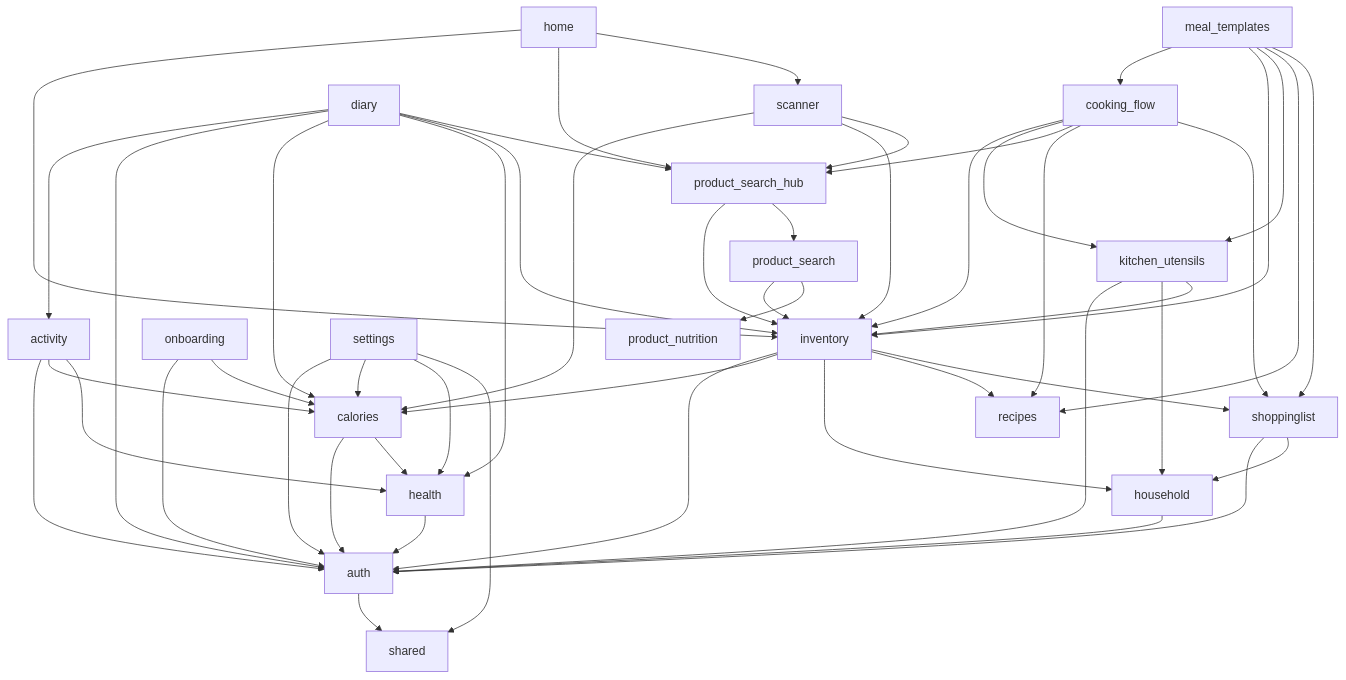
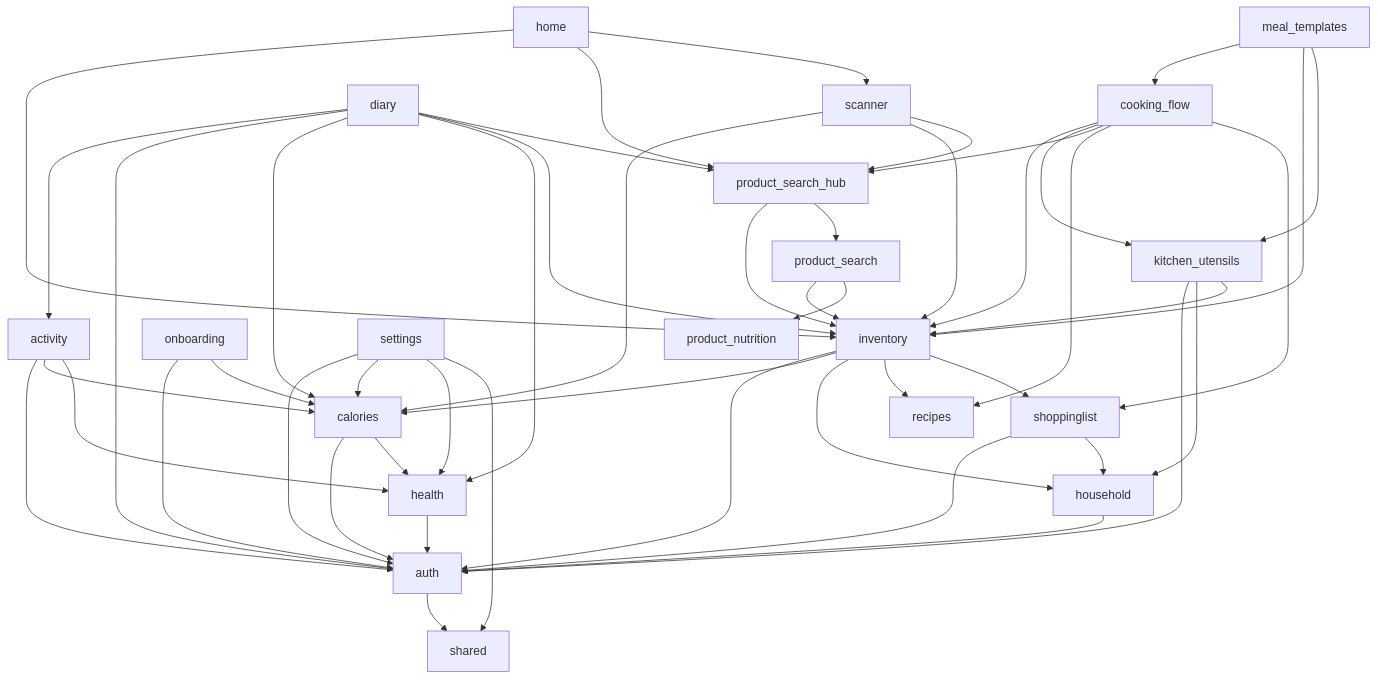
The diagram in lib/features/DEPS.md (repinw/yamt), drawn with Mermaid before and after one commit. The commit also changed 31 other files, not shown here.

````diff
--- a/lib/features/DEPS.md
+++ b/lib/features/DEPS.md
@@ -6,53 +6,51 @@
 ```mermaid
 flowchart TD;
 activity-->auth;
 activity-->calories;
 activity-->health;
 auth-->shared;
 calories-->auth;
 calories-->health;
 cooking_flow-->inventory;
 cooking_flow-->kitchen_utensils;
 cooking_flow-->product_search_hub;
 cooking_flow-->recipes;
 cooking_flow-->shoppinglist;
 diary-->activity;
 diary-->auth;
 diary-->calories;
 diary-->health;
 diary-->inventory;
 diary-->product_search_hub;
 health-->auth;
 home-->inventory;
 home-->product_search_hub;
 home-->scanner;
 household-->auth;
 inventory-->auth;
 inventory-->calories;
 inventory-->household;
 inventory-->recipes;
 inventory-->shoppinglist;
 kitchen_utensils-->auth;
 kitchen_utensils-->household;
 kitchen_utensils-->inventory;
 meal_templates-->cooking_flow;
 meal_templates-->inventory;
 meal_templates-->kitchen_utensils;
-meal_templates-->recipes;
-meal_templates-->shoppinglist;
 onboarding-->auth;
 onboarding-->calories;
 product_search-->inventory;
 product_search-->product_nutrition;
 product_search_hub-->inventory;
 product_search_hub-->product_search;
 scanner-->calories;
 scanner-->inventory;
 scanner-->product_search_hub;
 settings-->auth;
 settings-->calories;
 settings-->health;
 settings-->shared;
 shoppinglist-->auth;
 shoppinglist-->household;
 ```
````
